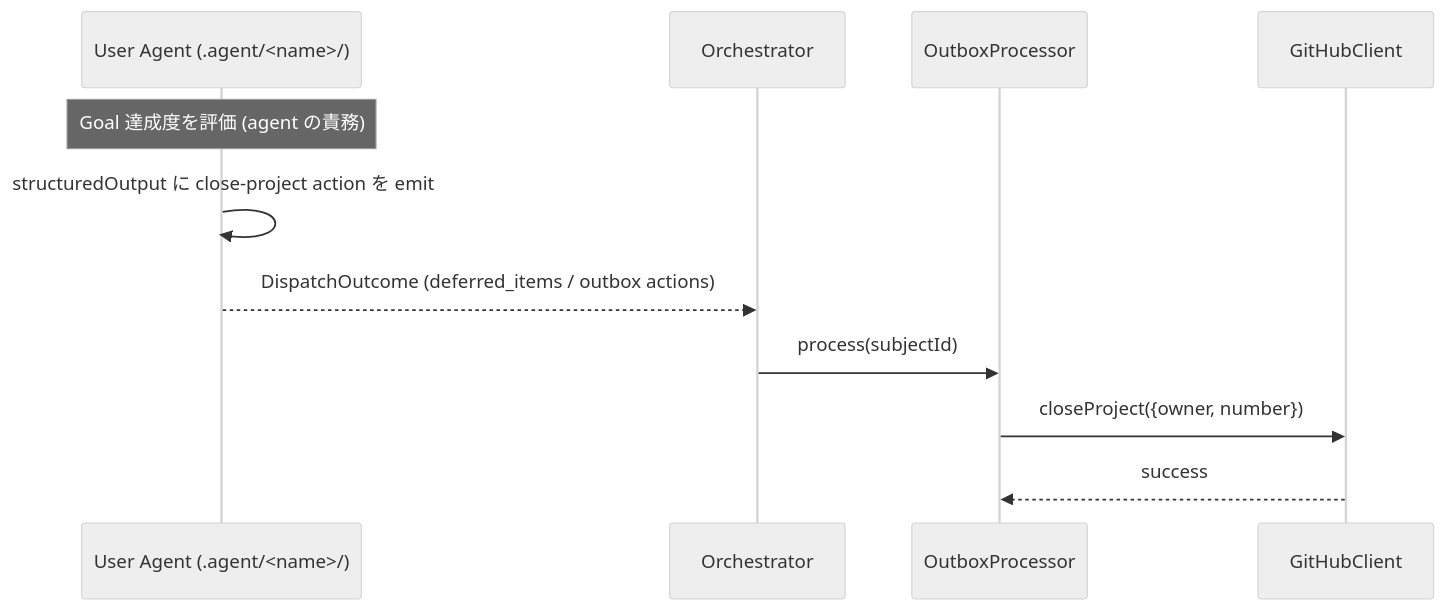
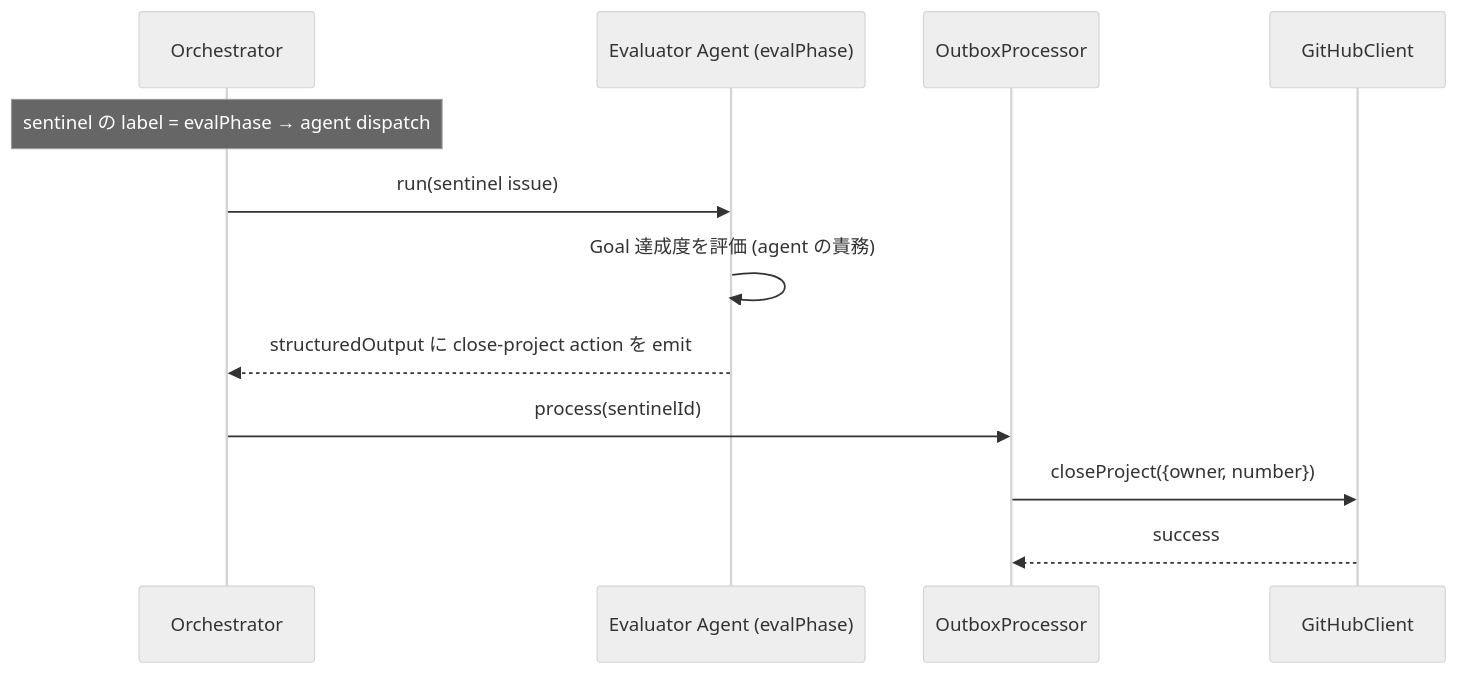
The fifth of 5 diagrams in agents/docs/design-legacy/13_project_orchestration_flow.md (tettuan/climpt), drawn with Mermaid (neutral theme) before and after one commit. The commit also changed other lines of this file and 1 other file, not shown here.

First line of the commit message:
docs(project): align design docs with v1.14.0 shipped implementation

````diff
--- a/agents/docs/design-legacy/13_project_orchestration_flow.md
+++ b/agents/docs/design-legacy/13_project_orchestration_flow.md
@@ -185,15 +230,16 @@
 ```mermaid
 sequenceDiagram
-  participant Agent as User Agent (.agent/<name>/)
   participant Orch as Orchestrator
+  participant Agent as Evaluator Agent (evalPhase)
   participant Outbox as OutboxProcessor
   participant GH as GitHubClient
 
-  Note over Agent: Goal 達成度を評価 (agent の責務)
-  Agent->>Agent: structuredOutput に close-project action を emit
-  Agent-->>Orch: DispatchOutcome (deferred_items / outbox actions)
+  Note over Orch: sentinel の label = evalPhase → agent dispatch
+  Orch->>Agent: run(sentinel issue)
+  Agent->>Agent: Goal 達成度を評価 (agent の責務)
+  Agent-->>Orch: structuredOutput に close-project action を emit
 
-  Orch->>Outbox: process(subjectId)
+  Orch->>Outbox: process(sentinelId)
   Outbox->>GH: closeProject({owner, number})
   GH-->>Outbox: success
 ```
````
